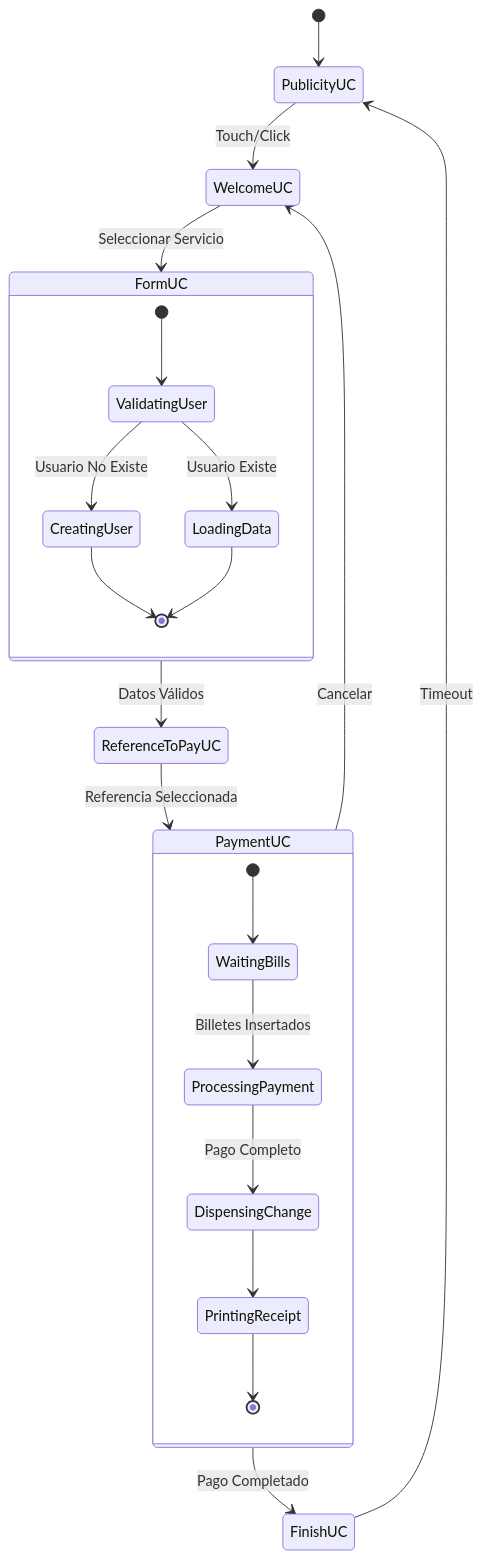
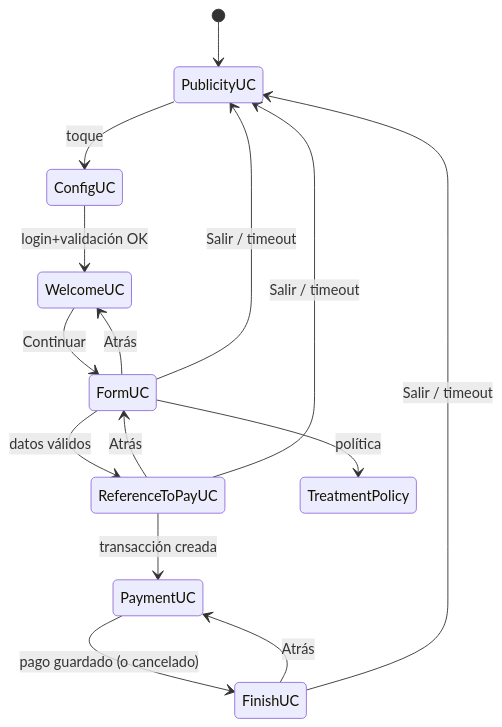
Before and after one commit to willianruiz-dev/CLEANCLODE: the fourth of 4 diagrams in WPFUTHospitalVeterinario/README.md, drawn with Mermaid. The commit also changed other lines of this file, not shown here.

````diff
--- a/WPFUTHospitalVeterinario/README.md
+++ b/WPFUTHospitalVeterinario/README.md
@@ -231,27 +320,17 @@
 ```mermaid
 stateDiagram-v2
     [*] --> PublicityUC
-    PublicityUC --> WelcomeUC : Touch/Click
-    WelcomeUC --> FormUC : Seleccionar Servicio
-    FormUC --> ReferenceToPayUC : Datos Válidos
-    ReferenceToPayUC --> PaymentUC : Referencia Seleccionada
-    PaymentUC --> FinishUC : Pago Completado
-    PaymentUC --> WelcomeUC : Cancelar
-    FinishUC --> PublicityUC : Timeout
-    
-    state FormUC {
-        [*] --> ValidatingUser
-        ValidatingUser --> CreatingUser : Usuario No Existe
-        ValidatingUser --> LoadingData : Usuario Existe
-        CreatingUser --> [*]
-        LoadingData --> [*]
-    }
-    
-    state PaymentUC {
-        [*] --> WaitingBills
-        WaitingBills --> ProcessingPayment : Billetes Insertados
-        ProcessingPayment --> DispensingChange : Pago Completo
-        DispensingChange --> PrintingReceipt
-        PrintingReceipt --> [*]
-    }
+    PublicityUC --> ConfigUC : toque
+    ConfigUC --> WelcomeUC : login+validación OK
+    WelcomeUC --> FormUC : Continuar
+    FormUC --> ReferenceToPayUC : datos válidos
+    FormUC --> TreatmentPolicy : política
+    FormUC --> WelcomeUC : Atrás
+    FormUC --> PublicityUC : Salir / timeout
+    ReferenceToPayUC --> PaymentUC : transacción creada
+    ReferenceToPayUC --> FormUC : Atrás
+    ReferenceToPayUC --> PublicityUC : Salir / timeout
+    PaymentUC --> FinishUC : pago guardado (o cancelado)
+    FinishUC --> PaymentUC : Atrás
+    FinishUC --> PublicityUC : Salir / timeout
 ```
````
